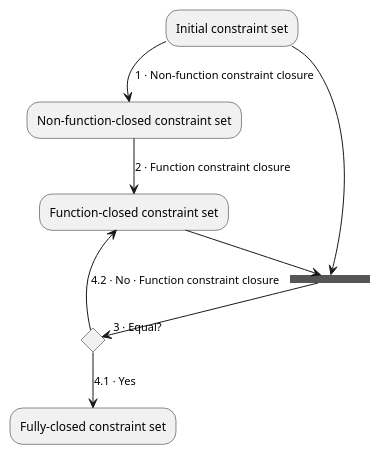
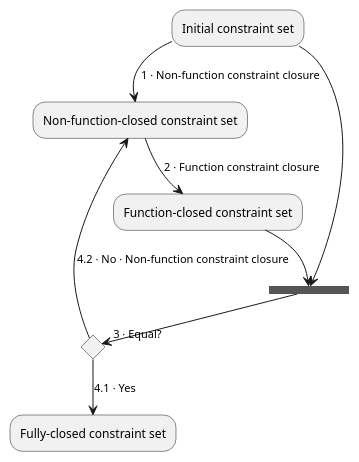
The third of 3 diagrams in docs/implementation-notes.org (JHU-PL-Lab/whayrf), drawn with PlantUML before and after one commit. The commit also changed other lines of this file and 1 other file, not shown here.

Commit message:
Fix implementation notes

```diff
--- a/docs/implementation-notes.org
+++ b/docs/implementation-notes.org
@@ -47,11 +47,11 @@
    #+BEGIN_SRC plantuml :file images/full-constraint-closure.png :exports results
      "Initial constraint set" -->[1 · Non-function constraint closure] "Non-function-closed constraint set"
      -->[2 · Function constraint closure] "Function-closed constraint set"
      --> ===equal===
      "Initial constraint set" --> ===equal===
      if "3 · Equal?" then
        -->[4.1 · Yes] "Fully-closed constraint set"
      else
-       -->[4.2 · No · Function constraint closure] "Function-closed constraint set"
+       -->[4.2 · No · Non-function constraint closure] "Non-function-closed constraint set"
      endif
    #+END_SRC
```
